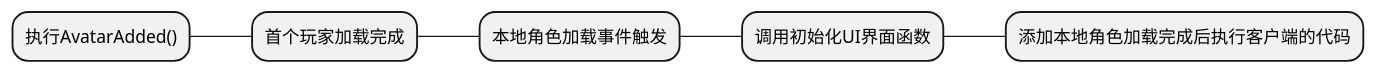
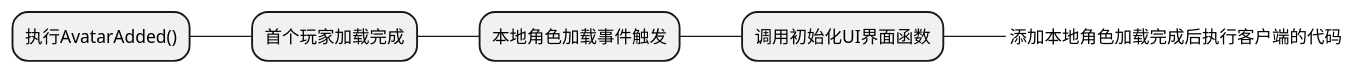
The diagram in docs/ReWorld编程模板目录/模板/编程框架/Client_Main.md (myrainbowcolor/Rworlder), drawn with PlantUML before and after one commit. The commit also changed 4 other files, not shown here.

````diff
--- a/docs/ReWorld编程模板目录/模板/编程框架/Client_Main.md
+++ b/docs/ReWorld编程模板目录/模板/编程框架/Client_Main.md
@@ -7,9 +7,9 @@
 ```plantuml
 @startmindmap
 * 执行AvatarAdded()
 ** 首个玩家加载完成
 *** 本地角色加载事件触发
 **** 调用初始化UI界面函数
-***** 添加本地角色加载完成后执行客户端的代码
+*****_ 添加本地角色加载完成后执行客户端的代码
 @endmindmap
 ```
````
